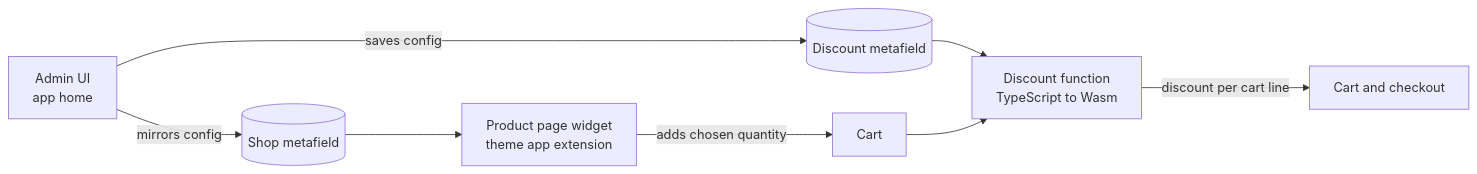
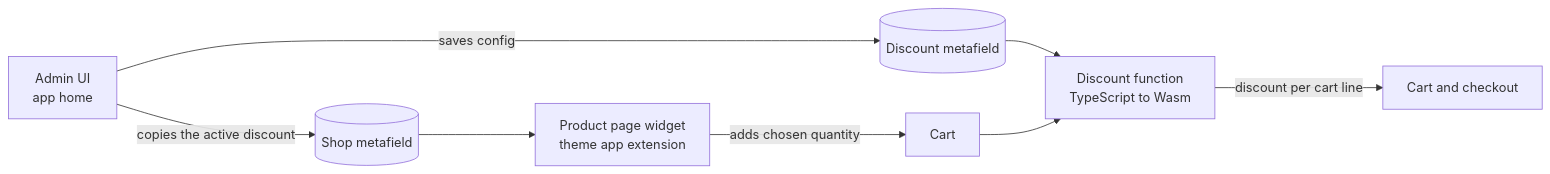
Before and after one commit to hjawid-dev/shopify-volume-discounts: the diagram in README.md, drawn with Mermaid. The commit also changed other lines of this file and 8 other files, not shown here.

First line of the commit message:
Apply every qualifying line, keep fixed amounts to the shop currency, allow one active discount

````diff
--- a/README.md
+++ b/README.md
@@ -21,10 +21,10 @@
 ```mermaid
 flowchart LR
     A[Admin UI<br>app home] -- saves config --> B[(Discount metafield)]
-    A -- mirrors config --> C[(Shop metafield)]
+    A -- copies the active discount --> C[(Shop metafield)]
     C --> D[Product page widget<br>theme app extension]
     D -- adds chosen quantity --> E[Cart]
     B --> F[Discount function<br>TypeScript to Wasm]
     E --> F
     F -- discount per cart line --> G[Cart and checkout]
 ```
````
